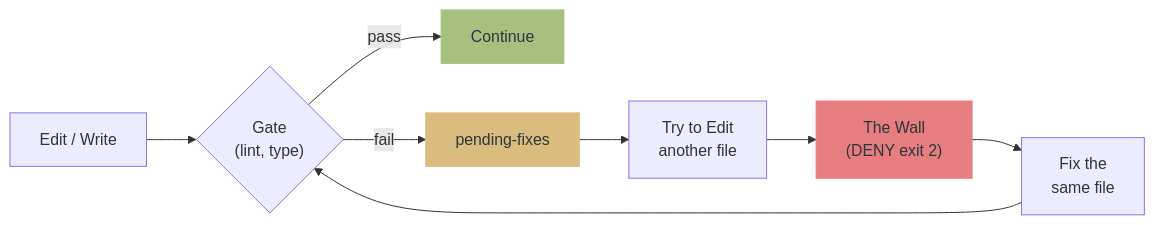
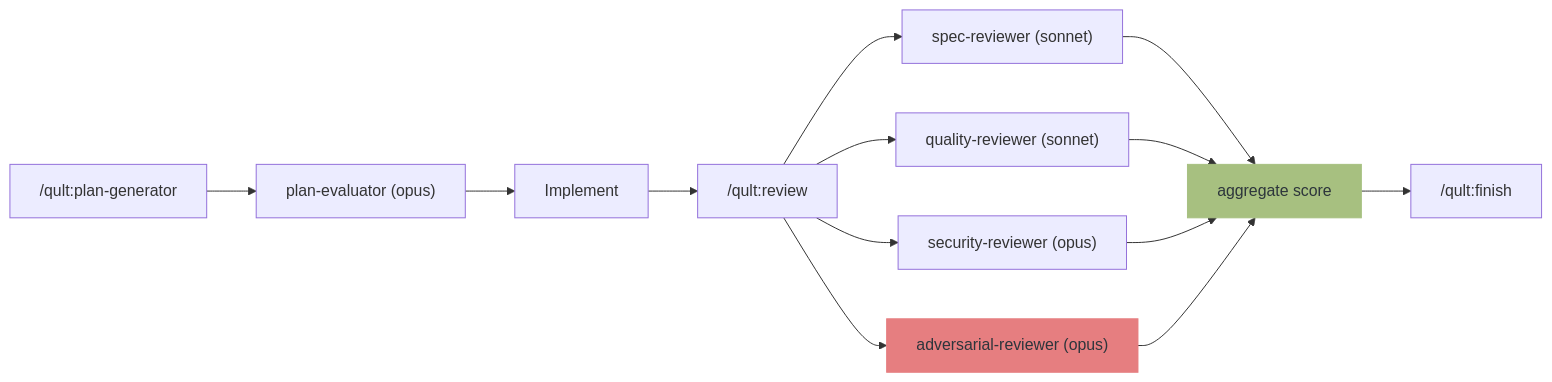
One commit to hir4ta/qult changed the diagram in README.md. Above: the diagram before and after it, drawn with Mermaid. The commit also changed other lines of this file and 75 other files, not shown here.

````diff
--- a/README.md
+++ b/README.md
@@ -84,14 +79,18 @@
 ```mermaid
 flowchart LR
-    Edit["Edit / Write"] --> Gate{"Gate\n(lint, type)"}
-    Gate -- pass --> OK["Continue"]
-    Gate -- fail --> PF["pending-fixes"]
-    PF --> Next["Try to Edit\nanother file"]
-    Next --> DENY["The Wall\n(DENY exit 2)"]
-    DENY --> Fix["Fix the\nsame file"]
-    Fix --> Gate
+    Plan["/qult:plan-generator"] --> Eval["plan-evaluator (opus)"]
+    Eval --> Impl["Implement"]
+    Impl --> Review["/qult:review"]
+    Review --> Spec["spec-reviewer (sonnet)"]
+    Review --> Quality["quality-reviewer (sonnet)"]
+    Review --> Sec["security-reviewer (opus)"]
+    Review --> Adv["adversarial-reviewer (opus)"]
+    Spec --> Score["aggregate score"]
+    Quality --> Score
+    Sec --> Score
+    Adv --> Score
+    Score --> Finish["/qult:finish"]
 
-    style DENY fill:#e67e80,color:#2d353b,stroke:#e67e80
-    style OK fill:#a7c080,color:#2d353b,stroke:#a7c080
-    style PF fill:#dbbc7f,color:#2d353b,stroke:#dbbc7f
+    style Adv fill:#e67e80,color:#2d353b,stroke:#e67e80
+    style Score fill:#a7c080,color:#2d353b,stroke:#a7c080
 ```
````
